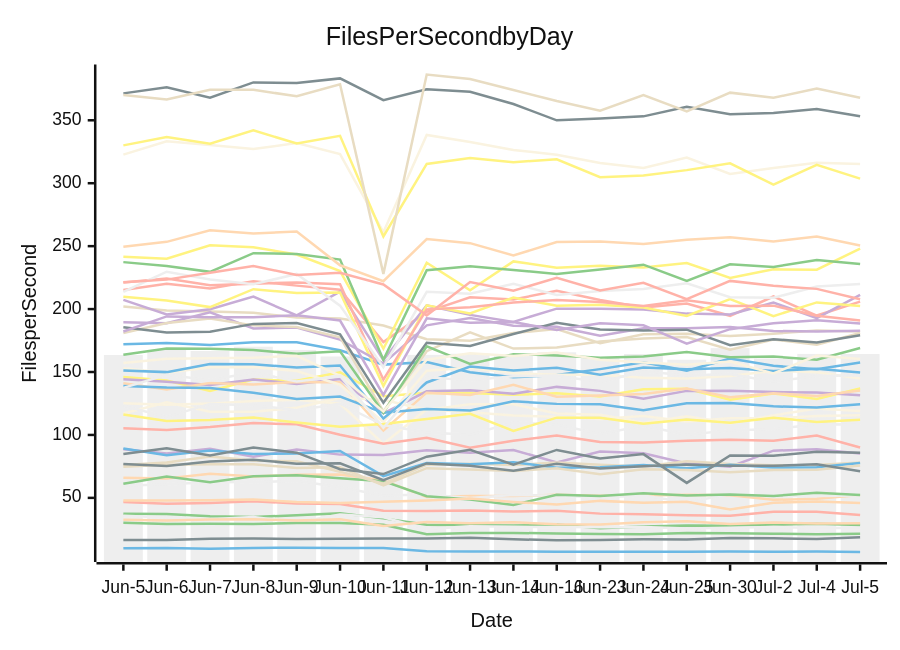
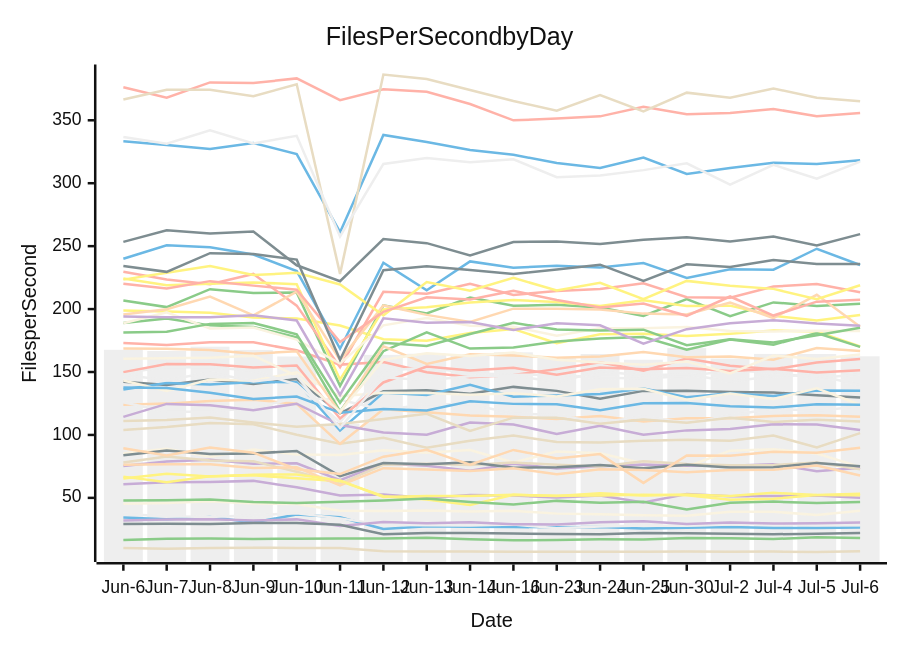
The diagram in perf-report.md (streetsidesoftware/cspell), drawn with Mermaid (neutral theme) before and after one commit. The commit also changed other lines of this file and 1 other file, not shown here.

````diff
--- a/perf-report.md
+++ b/perf-report.md
@@ -10,57 +10,57 @@
 ```mermaid
 xychart-beta
     title Files Per Second by Day
     y-axis Files per Second
-    x-axis Date [Jun-5, Jun-6, Jun-7, Jun-8, Jun-9, Jun-10, Jun-11, Jun-12, Jun-13, Jun-14, Jun-16, Jun-23, Jun-24, Jun-25, Jun-30, Jul-2, Jul-4, Jul-5]
-    bar [163.49, 167.64, 166.67, 170.13, 167.55, 162.35, 108.94, 163.62, 164.52, 162.91, 165.65, 161.06, 164.28, 159.75, 168.95, 160.66, 164.38, 164.27]
-    line [10.06, 10.19, 9.49, 10.16, 10.41, 10.23, 10.15, 7.58, 7.35, 7.42, 7.28, 7.12, 7.22, 7.17, 7.37, 7.23, 7.36, 6.99]
-    line [37.44, 37.24, 35.30, 34.77, 36.25, 37.82, 33.71, 28.61, 28.16, 28.05, 28.76, 25.82, 27.29, 28.03, 27.82, 28.74, 29.48, 28.36]
-    line [88.72, 85.27, 89.11, 82.67, 88.45, 84.36, 84.11, 87.88, 85.81, 88.09, 78.16, 86.88, 85.49, 77.34, 74.76, 87.51, 88.59, 85.26]
-    line [201.96, 198.84, 198.16, 197.09, 193.40, 192.55, 186.93, 176.04, 174.92, 181.06, 184.11, 172.84, 180.05, 180.38, 178.52, 180.47, 182.90, 182.10]
-    line [46.69, 45.37, 46.01, 47.36, 45.48, 45.06, 39.72, 39.47, 40.00, 39.07, 39.70, 37.48, 36.99, 36.10, 35.86, 38.94, 38.99, 36.38]
-    line [145.94, 143.30, 134.96, 144.03, 143.02, 149.83, 130.69, 133.43, 133.31, 131.91, 133.18, 130.59, 136.24, 136.67, 127.99, 132.91, 128.52, 136.97]
-    line [16.53, 16.44, 17.51, 17.66, 17.41, 17.50, 17.71, 17.68, 18.34, 17.12, 16.25, 16.59, 17.11, 17.00, 18.16, 17.94, 17.30, 18.64]
-    line [66.01, 65.37, 69.17, 67.00, 68.40, 68.60, 63.88, 50.72, 51.41, 51.47, 52.39, 51.73, 51.82, 52.39, 52.00, 48.43, 49.22, 52.34]
-    line [125.12, 124.06, 124.88, 126.90, 127.99, 124.73, 92.95, 120.36, 118.07, 115.35, 114.38, 112.71, 115.12, 110.67, 113.20, 113.18, 115.07, 115.63]
-    line [59.62, 60.76, 62.31, 62.61, 63.50, 58.41, 51.82, 52.68, 49.85, 52.20, 51.85, 50.23, 51.87, 46.40, 53.06, 51.19, 51.40, 51.86]
-    line [171.98, 173.13, 171.37, 173.71, 173.55, 167.26, 155.87, 157.93, 149.82, 145.84, 147.63, 152.29, 157.67, 151.07, 160.69, 154.94, 152.23, 157.47]
-    line [61.22, 66.87, 62.38, 67.14, 67.89, 65.57, 63.26, 51.25, 48.63, 44.36, 52.41, 51.44, 53.68, 51.84, 52.69, 51.50, 53.98, 52.25]
-    line [144.23, 142.34, 139.73, 144.07, 140.57, 144.39, 117.16, 134.67, 135.55, 132.71, 138.18, 135.01, 128.78, 135.00, 135.05, 134.05, 133.73, 131.56]
-    line [76.14, 78.15, 82.81, 79.64, 79.01, 70.82, 61.30, 76.37, 77.13, 76.03, 78.06, 76.22, 74.88, 79.14, 76.99, 75.88, 76.09, 78.08]
-    line [215.12, 220.07, 216.34, 222.20, 218.63, 215.45, 173.74, 197.78, 209.33, 207.61, 214.45, 207.28, 201.26, 204.34, 194.65, 210.00, 194.85, 205.89]
-    line [241.53, 240.02, 250.72, 249.07, 243.35, 230.21, 168.52, 236.78, 215.01, 237.87, 232.93, 234.34, 233.01, 236.58, 224.78, 231.59, 231.28, 247.94]
-    line [371.38, 376.26, 368.01, 380.10, 379.55, 383.29, 365.99, 374.63, 372.72, 362.93, 349.94, 351.35, 353.13, 360.69, 354.83, 355.80, 359.03, 353.22]
-    line [141.10, 136.12, 141.18, 140.04, 142.05, 141.88, 103.59, 133.58, 131.67, 139.76, 130.35, 131.39, 132.60, 136.92, 129.95, 133.16, 130.87, 135.23]
-    line [117.07, 125.94, 118.40, 118.39, 121.53, 129.30, 127.90, 119.77, 124.29, 124.35, 117.01, 116.01, 109.65, 114.81, 109.29, 115.47, 121.09, 119.06]
-    line [35.76, 34.34, 33.08, 34.79, 30.45, 36.74, 34.61, 25.22, 27.49, 26.99, 26.84, 26.60, 26.95, 25.71, 26.35, 26.84, 26.11, 26.06]
-    line [89.21, 83.88, 87.59, 84.94, 85.33, 87.27, 67.23, 77.70, 76.81, 78.39, 74.00, 74.26, 76.13, 73.45, 76.23, 74.07, 74.35, 77.62]
-    line [30.31, 29.19, 29.49, 29.31, 30.11, 30.11, 28.55, 21.08, 22.04, 22.18, 21.66, 21.30, 21.15, 22.00, 21.90, 21.51, 21.13, 21.43]
-    line [207.30, 195.72, 199.83, 209.95, 194.96, 213.85, 159.52, 202.89, 195.38, 189.84, 200.33, 200.19, 199.73, 196.39, 195.67, 205.11, 192.90, 211.35]
-    line [74.81, 76.32, 76.71, 76.80, 73.74, 74.27, 59.93, 73.62, 72.46, 71.40, 73.58, 68.82, 72.77, 72.13, 70.38, 72.17, 72.40, 75.76]
-    line [105.40, 103.85, 106.22, 109.49, 108.40, 100.17, 93.09, 97.72, 89.92, 95.33, 99.63, 94.35, 94.02, 95.44, 96.15, 95.34, 99.55, 90.07]
-    line [209.84, 206.76, 201.57, 215.78, 212.77, 213.18, 139.00, 202.99, 196.51, 209.12, 202.60, 203.46, 201.26, 194.60, 207.89, 194.40, 205.29, 202.49]
-    line [76.85, 75.23, 78.81, 80.33, 77.10, 77.48, 64.05, 77.39, 75.61, 71.46, 77.16, 73.34, 75.14, 76.59, 75.51, 75.45, 76.79, 71.21]
-    line [47.93, 47.89, 48.02, 48.77, 46.64, 45.94, 46.92, 47.88, 49.42, 46.70, 44.72, 47.61, 46.18, 46.86, 40.79, 46.17, 47.03, 45.86]
-    line [322.71, 333.34, 330.40, 327.16, 331.90, 323.14, 261.07, 338.35, 332.69, 326.37, 322.64, 316.02, 312.10, 320.45, 307.34, 312.08, 316.35, 315.20]
-    line [123.22, 114.34, 124.65, 123.68, 119.64, 124.80, 107.83, 101.96, 100.16, 109.91, 108.33, 100.84, 107.27, 100.09, 103.62, 104.63, 108.43, 108.27]
-    line [138.89, 137.60, 137.33, 133.44, 128.55, 130.54, 117.59, 120.60, 119.36, 126.68, 124.68, 124.29, 119.55, 125.16, 125.39, 122.70, 121.73, 124.30]
-    line [237.31, 234.14, 229.58, 244.42, 243.79, 239.33, 159.65, 230.81, 234.11, 231.13, 227.87, 231.36, 235.26, 222.40, 235.59, 233.45, 238.97, 235.75]
-    line [189.51, 188.80, 197.42, 184.56, 185.39, 175.70, 156.70, 187.10, 192.94, 186.79, 186.02, 178.80, 184.67, 184.84, 185.79, 182.56, 182.17, 182.82]
-    line [180.94, 188.95, 192.45, 187.05, 185.74, 177.64, 118.63, 166.53, 181.43, 168.60, 169.42, 174.24, 176.57, 177.80, 167.68, 175.75, 171.75, 180.95]
-    line [221.19, 224.37, 218.89, 220.13, 221.21, 219.70, 143.90, 199.78, 201.47, 205.17, 207.22, 205.60, 202.43, 207.02, 202.54, 202.72, 194.67, 190.86]
-    line [330.05, 336.69, 331.37, 341.98, 331.53, 337.68, 257.72, 315.29, 320.05, 316.70, 318.97, 304.83, 306.07, 310.41, 315.81, 298.93, 314.56, 303.69]
-    line [185.60, 181.36, 181.92, 188.23, 188.91, 180.00, 125.49, 173.22, 170.75, 180.24, 189.10, 183.71, 182.95, 183.62, 171.28, 176.05, 173.54, 179.14]
-    line [32.67, 32.05, 32.77, 33.08, 31.95, 32.91, 27.58, 30.74, 29.76, 30.63, 29.07, 28.80, 30.64, 31.41, 29.25, 30.37, 29.62, 29.89]
-    line [152.93, 149.35, 153.74, 153.91, 150.81, 139.91, 110.07, 150.95, 153.45, 149.19, 147.76, 147.78, 145.47, 144.87, 146.87, 151.06, 149.73, 144.88]
-    line [213.65, 229.70, 223.48, 219.68, 227.92, 202.72, 153.79, 213.73, 212.23, 220.18, 211.27, 214.37, 216.02, 220.47, 209.37, 208.94, 217.94, 219.88]
-    line [151.19, 149.91, 156.27, 156.23, 153.60, 155.11, 113.07, 141.70, 154.36, 151.21, 153.33, 147.83, 153.51, 152.15, 153.26, 150.82, 152.56, 149.61]
-    line [163.74, 168.68, 168.50, 167.45, 164.46, 166.51, 117.60, 170.47, 156.38, 164.16, 163.15, 161.29, 162.24, 165.87, 161.72, 162.26, 159.82, 169.05]
-    line [182.21, 194.17, 193.46, 193.48, 195.01, 190.90, 131.77, 192.67, 189.08, 189.64, 183.39, 188.80, 187.17, 172.53, 184.06, 188.67, 191.18, 188.53]
-    line [370.07, 366.52, 374.25, 374.25, 369.07, 378.68, 227.98, 386.38, 382.81, 374.09, 365.35, 357.60, 370.08, 357.07, 371.96, 367.90, 375.27, 367.85]
-    line [221.41, 223.40, 228.84, 234.29, 227.02, 228.77, 219.57, 195.02, 221.53, 214.60, 224.77, 214.79, 220.92, 207.92, 222.39, 218.49, 216.06, 207.77]
-    line [116.20, 110.99, 111.90, 113.82, 109.84, 106.42, 108.66, 112.63, 116.73, 103.14, 113.74, 113.71, 108.86, 112.34, 109.73, 113.68, 110.37, 111.97]
-    line [84.81, 89.37, 83.72, 89.94, 85.93, 72.73, 68.90, 82.72, 88.26, 76.41, 88.08, 81.29, 84.76, 61.88, 83.73, 83.48, 86.69, 85.83]
-    line [249.54, 253.41, 262.59, 260.07, 261.63, 234.80, 222.16, 255.69, 252.37, 242.53, 253.26, 253.77, 251.67, 255.05, 257.07, 253.64, 257.67, 250.47]
-    line [157.22, 160.62, 160.99, 161.40, 162.90, 146.98, 118.64, 159.81, 164.92, 162.77, 165.48, 159.81, 157.56, 155.70, 158.25, 148.90, 163.02, 160.27]
-    line [137.39, 147.79, 143.52, 149.79, 142.40, 146.80, 105.67, 145.87, 143.36, 146.61, 147.23, 141.81, 150.65, 147.20, 148.34, 142.33, 146.88, 147.38]
+    x-axis Date [Jun-6, Jun-7, Jun-8, Jun-9, Jun-10, Jun-11, Jun-12, Jun-13, Jun-14, Jun-16, Jun-23, Jun-24, Jun-25, Jun-30, Jul-2, Jul-4, Jul-5, Jul-6]
+    bar [167.64, 166.67, 170.13, 167.55, 162.35, 108.94, 163.62, 164.52, 162.91, 165.65, 161.06, 164.28, 159.75, 168.95, 160.66, 164.38, 164.27, 162.48]
+    line [34.34, 33.08, 34.79, 30.45, 36.74, 34.61, 25.22, 27.49, 26.99, 26.84, 26.60, 26.95, 25.71, 26.35, 26.84, 26.11, 26.06, 26.52]
+    line [16.44, 17.51, 17.66, 17.41, 17.50, 17.71, 17.68, 18.34, 17.12, 16.25, 16.59, 17.11, 17.00, 18.16, 17.94, 17.30, 18.64, 18.07]
+    line [60.76, 62.31, 62.61, 63.50, 58.41, 51.82, 52.68, 49.85, 52.20, 51.85, 50.23, 51.87, 46.40, 53.06, 51.19, 51.40, 51.86, 50.10]
+    line [103.85, 106.22, 109.49, 108.40, 100.17, 93.09, 97.72, 89.92, 95.33, 99.63, 94.35, 94.02, 95.44, 96.15, 95.34, 99.55, 90.07, 101.41]
+    line [173.13, 171.37, 173.71, 173.55, 167.26, 155.87, 157.93, 149.82, 145.84, 147.63, 152.29, 157.67, 151.07, 160.69, 154.94, 152.23, 157.47, 160.32]
+    line [198.84, 198.16, 197.09, 193.40, 192.55, 186.93, 176.04, 174.92, 181.06, 184.11, 172.84, 180.05, 180.38, 178.52, 180.47, 182.90, 182.10, 170.31]
+    line [142.34, 139.73, 144.07, 140.57, 144.39, 117.16, 134.67, 135.55, 132.71, 138.18, 135.01, 128.78, 135.00, 135.05, 134.05, 133.73, 131.56, 129.78]
+    line [124.06, 124.88, 126.90, 127.99, 124.73, 92.95, 120.36, 118.07, 115.35, 114.38, 112.71, 115.12, 110.67, 113.20, 113.18, 115.07, 115.63, 114.45]
+    line [85.27, 89.11, 82.67, 88.45, 84.36, 84.11, 87.88, 85.81, 88.09, 78.16, 86.88, 85.49, 77.34, 74.76, 87.51, 88.59, 85.26, 74.62]
+    line [37.24, 35.30, 34.77, 36.25, 37.82, 33.71, 28.61, 28.16, 28.05, 28.76, 25.82, 27.29, 28.03, 27.82, 28.74, 29.48, 28.36, 28.34]
+    line [136.12, 141.18, 140.04, 142.05, 141.88, 103.59, 133.58, 131.67, 139.76, 130.35, 131.39, 132.60, 136.92, 129.95, 133.16, 130.87, 135.23, 135.13]
+    line [206.76, 201.57, 215.78, 212.77, 213.18, 139.00, 202.99, 196.51, 209.12, 202.60, 203.46, 201.26, 194.60, 207.89, 194.40, 205.29, 202.49, 204.26]
+    line [75.23, 78.81, 80.33, 77.10, 77.48, 64.05, 77.39, 75.61, 71.46, 77.16, 73.34, 75.14, 76.59, 75.51, 75.45, 76.79, 71.21, 73.99]
+    line [78.15, 82.81, 79.64, 79.01, 70.82, 61.30, 76.37, 77.13, 76.03, 78.06, 76.22, 74.88, 79.14, 76.99, 75.88, 76.09, 78.08, 72.78]
+    line [376.26, 368.01, 380.10, 379.55, 383.29, 365.99, 374.63, 372.72, 362.93, 349.94, 351.35, 353.13, 360.69, 354.83, 355.80, 359.03, 353.22, 355.88]
+    line [66.87, 62.38, 67.14, 67.89, 65.57, 63.26, 51.25, 48.63, 44.36, 52.41, 51.44, 53.68, 51.84, 52.69, 51.50, 53.98, 52.25, 52.09]
+    line [83.88, 87.59, 84.94, 85.33, 87.27, 67.23, 77.70, 76.81, 78.39, 74.00, 74.26, 76.13, 73.45, 76.23, 74.07, 74.35, 77.62, 75.07]
+    line [76.32, 76.71, 76.80, 73.74, 74.27, 59.93, 73.62, 72.46, 71.40, 73.58, 68.82, 72.77, 72.13, 70.38, 72.17, 72.40, 75.76, 67.72]
+    line [143.30, 134.96, 144.03, 143.02, 149.83, 130.69, 133.43, 133.31, 131.91, 133.18, 130.59, 136.24, 136.67, 127.99, 132.91, 128.52, 136.97, 123.97]
+    line [125.94, 118.40, 118.39, 121.53, 129.30, 127.90, 119.77, 124.29, 124.35, 117.01, 116.01, 109.65, 114.81, 109.29, 115.47, 121.09, 119.06, 122.86]
+    line [333.34, 330.40, 327.16, 331.90, 323.14, 261.07, 338.35, 332.69, 326.37, 322.64, 316.02, 312.10, 320.45, 307.34, 312.08, 316.35, 315.20, 318.22]
+    line [188.95, 192.45, 187.05, 185.74, 177.64, 118.63, 166.53, 181.43, 168.60, 169.42, 174.24, 176.57, 177.80, 167.68, 175.75, 171.75, 180.95, 169.97]
+    line [32.05, 32.77, 33.08, 31.95, 32.91, 27.58, 30.74, 29.76, 30.63, 29.07, 28.80, 30.64, 31.41, 29.25, 30.37, 29.62, 29.89, 30.35]
+    line [10.19, 9.49, 10.16, 10.41, 10.23, 10.15, 7.58, 7.35, 7.42, 7.28, 7.12, 7.22, 7.17, 7.37, 7.23, 7.36, 6.99, 7.61]
+    line [229.70, 223.48, 219.68, 227.92, 202.72, 153.79, 213.73, 212.23, 220.18, 211.27, 214.37, 216.02, 220.47, 209.37, 208.94, 217.94, 219.88, 213.33]
+    line [224.37, 218.89, 220.13, 221.21, 219.70, 143.90, 199.78, 201.47, 205.17, 207.22, 205.60, 202.43, 207.02, 202.54, 202.72, 194.67, 190.86, 195.33]
+    line [29.19, 29.49, 29.31, 30.11, 30.11, 28.55, 21.08, 22.04, 22.18, 21.66, 21.30, 21.15, 22.00, 21.90, 21.51, 21.13, 21.43, 22.00]
+    line [195.72, 199.83, 209.95, 194.96, 213.85, 159.52, 202.89, 195.38, 189.84, 200.33, 200.19, 199.73, 196.39, 195.67, 205.11, 192.90, 211.35, 185.93]
+    line [188.80, 197.42, 184.56, 185.39, 175.70, 156.70, 187.10, 192.94, 186.79, 186.02, 178.80, 184.67, 184.84, 185.79, 182.56, 182.17, 182.82, 182.50]
+    line [149.35, 153.74, 153.91, 150.81, 139.91, 110.07, 150.95, 153.45, 149.19, 147.76, 147.78, 145.47, 144.87, 146.87, 151.06, 149.73, 144.88, 148.36]
+    line [240.02, 250.72, 249.07, 243.35, 230.21, 168.52, 236.78, 215.01, 237.87, 232.93, 234.34, 233.01, 236.58, 224.78, 231.59, 231.28, 247.94, 235.03]
+    line [181.36, 181.92, 188.23, 188.91, 180.00, 125.49, 173.22, 170.75, 180.24, 189.10, 183.71, 182.95, 183.62, 171.28, 176.05, 173.54, 179.14, 185.15]
+    line [194.17, 193.46, 193.48, 195.01, 190.90, 131.77, 192.67, 189.08, 189.64, 183.39, 188.80, 187.17, 172.53, 184.06, 188.67, 191.18, 188.53, 186.82]
+    line [366.52, 374.25, 374.25, 369.07, 378.68, 227.98, 386.38, 382.81, 374.09, 365.35, 357.60, 370.08, 357.07, 371.96, 367.90, 375.27, 367.85, 365.20]
+    line [149.91, 156.27, 156.23, 153.60, 155.11, 113.07, 141.70, 154.36, 151.21, 153.33, 147.83, 153.51, 152.15, 153.26, 150.82, 152.56, 149.61, 151.37]
+    line [223.40, 228.84, 234.29, 227.02, 228.77, 219.57, 195.02, 221.53, 214.60, 224.77, 214.79, 220.92, 207.92, 222.39, 218.49, 216.06, 207.77, 218.95]
+    line [253.41, 262.59, 260.07, 261.63, 234.80, 222.16, 255.69, 252.37, 242.53, 253.26, 253.77, 251.67, 255.05, 257.07, 253.64, 257.67, 250.47, 259.54]
+    line [89.37, 83.72, 89.94, 85.93, 72.73, 68.90, 82.72, 88.26, 76.41, 88.08, 81.29, 84.76, 61.88, 83.73, 83.48, 86.69, 85.83, 89.91]
+    line [45.37, 46.01, 47.36, 45.48, 45.06, 39.72, 39.47, 40.00, 39.07, 39.70, 37.48, 36.99, 36.10, 35.86, 38.94, 38.99, 36.38, 39.71]
+    line [336.69, 331.37, 341.98, 331.53, 337.68, 257.72, 315.29, 320.05, 316.70, 318.97, 304.83, 306.07, 310.41, 315.81, 298.93, 314.56, 303.69, 317.11]
+    line [137.60, 137.33, 133.44, 128.55, 130.54, 117.59, 120.60, 119.36, 126.68, 124.68, 124.29, 119.55, 125.16, 125.39, 122.70, 121.73, 124.30, 123.97]
+    line [47.89, 48.02, 48.77, 46.64, 45.94, 46.92, 47.88, 49.42, 46.70, 44.72, 47.61, 46.18, 46.86, 40.79, 46.17, 47.03, 45.86, 46.70]
+    line [114.34, 124.65, 123.68, 119.64, 124.80, 107.83, 101.96, 100.16, 109.91, 108.33, 100.84, 107.27, 100.09, 103.62, 104.63, 108.43, 108.27, 103.96]
+    line [110.99, 111.90, 113.82, 109.84, 106.42, 108.66, 112.63, 116.73, 103.14, 113.74, 113.71, 108.86, 112.34, 109.73, 113.68, 110.37, 111.97, 110.64]
+    line [220.07, 216.34, 222.20, 218.63, 215.45, 173.74, 197.78, 209.33, 207.61, 214.45, 207.28, 201.26, 204.34, 194.65, 210.00, 194.85, 205.89, 207.36]
+    line [65.37, 69.17, 67.00, 68.40, 68.60, 63.88, 50.72, 51.41, 51.47, 52.39, 51.73, 51.82, 52.39, 52.00, 48.43, 49.22, 52.34, 53.26]
+    line [234.14, 229.58, 244.42, 243.79, 239.33, 159.65, 230.81, 234.11, 231.13, 227.87, 231.36, 235.26, 222.40, 235.59, 233.45, 238.97, 235.75, 235.89]
+    line [168.68, 168.50, 167.45, 164.46, 166.51, 117.60, 170.47, 156.38, 164.16, 163.15, 161.29, 162.24, 165.87, 161.72, 162.26, 159.82, 169.05, 166.75]
+    line [160.62, 160.99, 161.40, 162.90, 146.98, 118.64, 159.81, 164.92, 162.77, 165.48, 159.81, 157.56, 155.70, 158.25, 148.90, 163.02, 160.27, 163.84]
+    line [147.79, 143.52, 149.79, 142.40, 146.80, 105.67, 145.87, 143.36, 146.61, 147.23, 141.81, 150.65, 147.20, 148.34, 142.33, 146.88, 147.38, 139.67]
 ```
````
